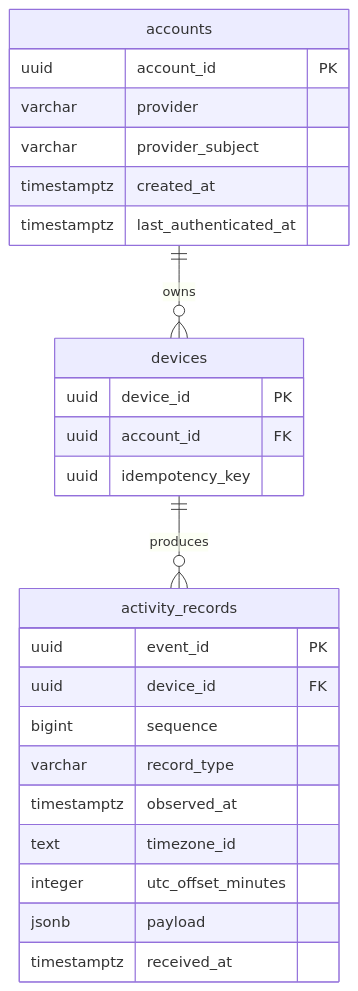
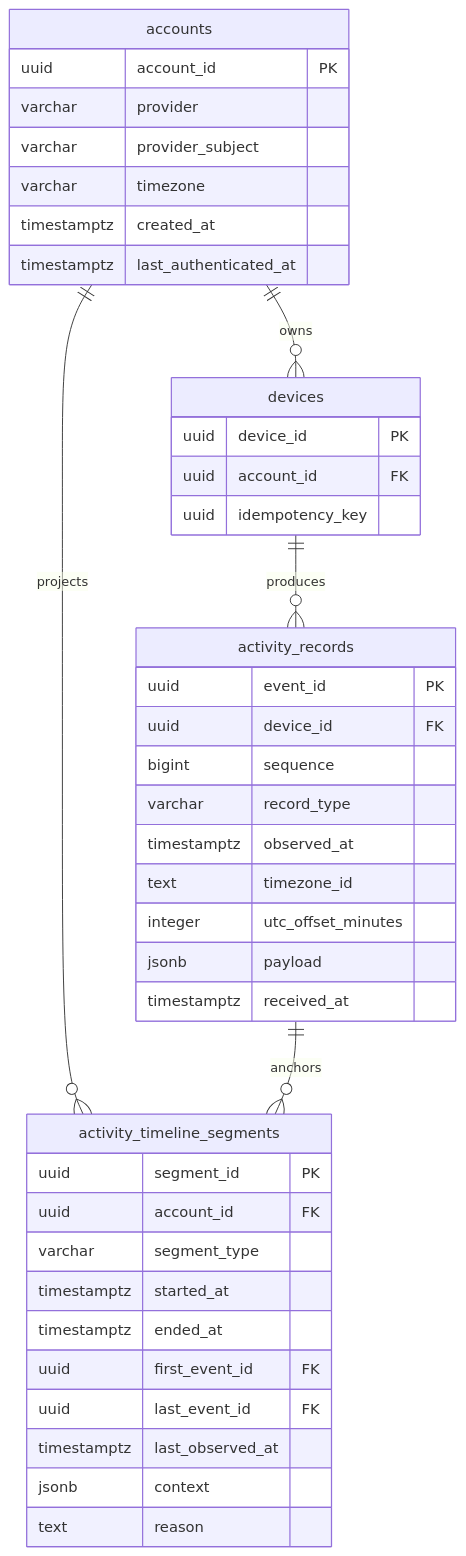
One commit to jolvy/mosemo changed the diagram in docs/ERD.md. Above: the diagram before and after it, drawn with Mermaid. The commit also changed other lines of this file and 23 other files, not shown here.

Commit message:
feat(activities): add observation timeline projection

````diff
--- a/docs/ERD.md
+++ b/docs/ERD.md
@@ -15,31 +12,47 @@
 ```mermaid
 erDiagram
     accounts ||--o{ devices : owns
     devices ||--o{ activity_records : produces
+    accounts ||--o{ activity_timeline_segments : projects
+    activity_records ||--o{ activity_timeline_segments : anchors
 
     accounts {
         uuid account_id PK
         varchar provider
         varchar provider_subject
+        varchar timezone
         timestamptz created_at
         timestamptz last_authenticated_at
     }
 
     devices {
         uuid device_id PK
         uuid account_id FK
         uuid idempotency_key
     }
 
     activity_records {
         uuid event_id PK
         uuid device_id FK
         bigint sequence
         varchar record_type
         timestamptz observed_at
         text timezone_id
         integer utc_offset_minutes
         jsonb payload
         timestamptz received_at
     }
+
+    activity_timeline_segments {
+        uuid segment_id PK
+        uuid account_id FK
+        varchar segment_type
+        timestamptz started_at
+        timestamptz ended_at
+        uuid first_event_id FK
+        uuid last_event_id FK
+        timestamptz last_observed_at
+        jsonb context
+        text reason
+    }
 ```
````
